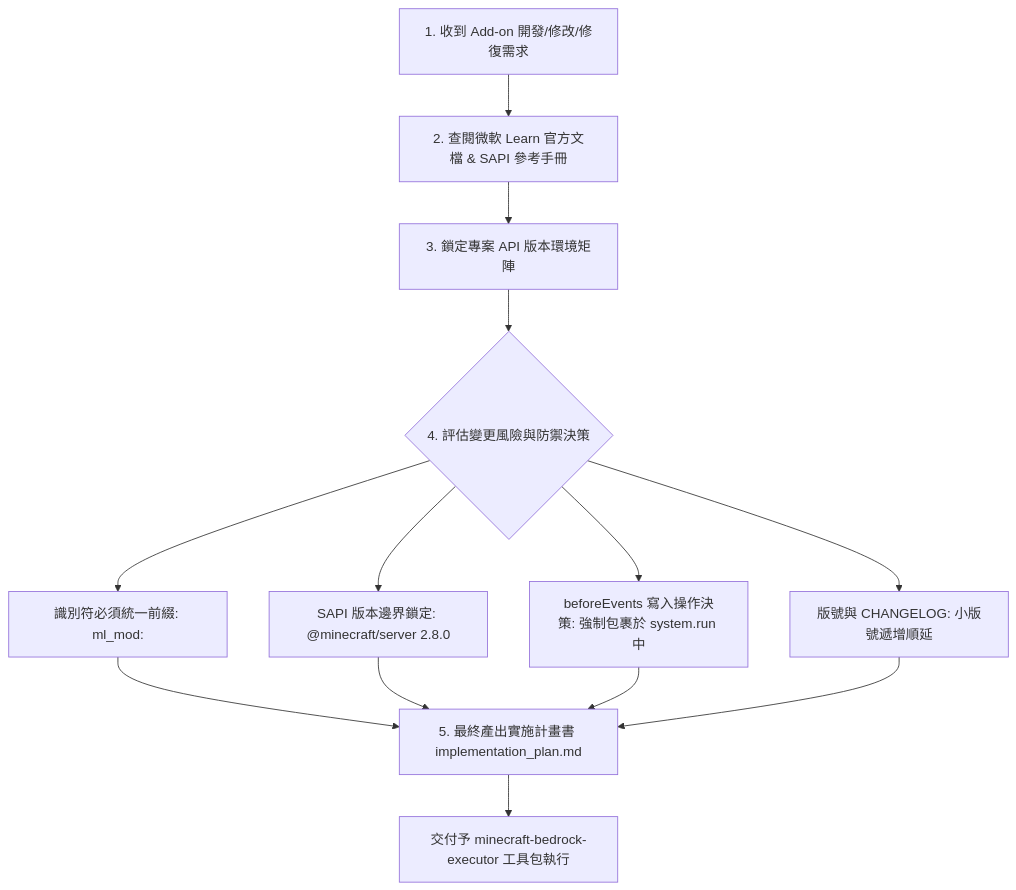
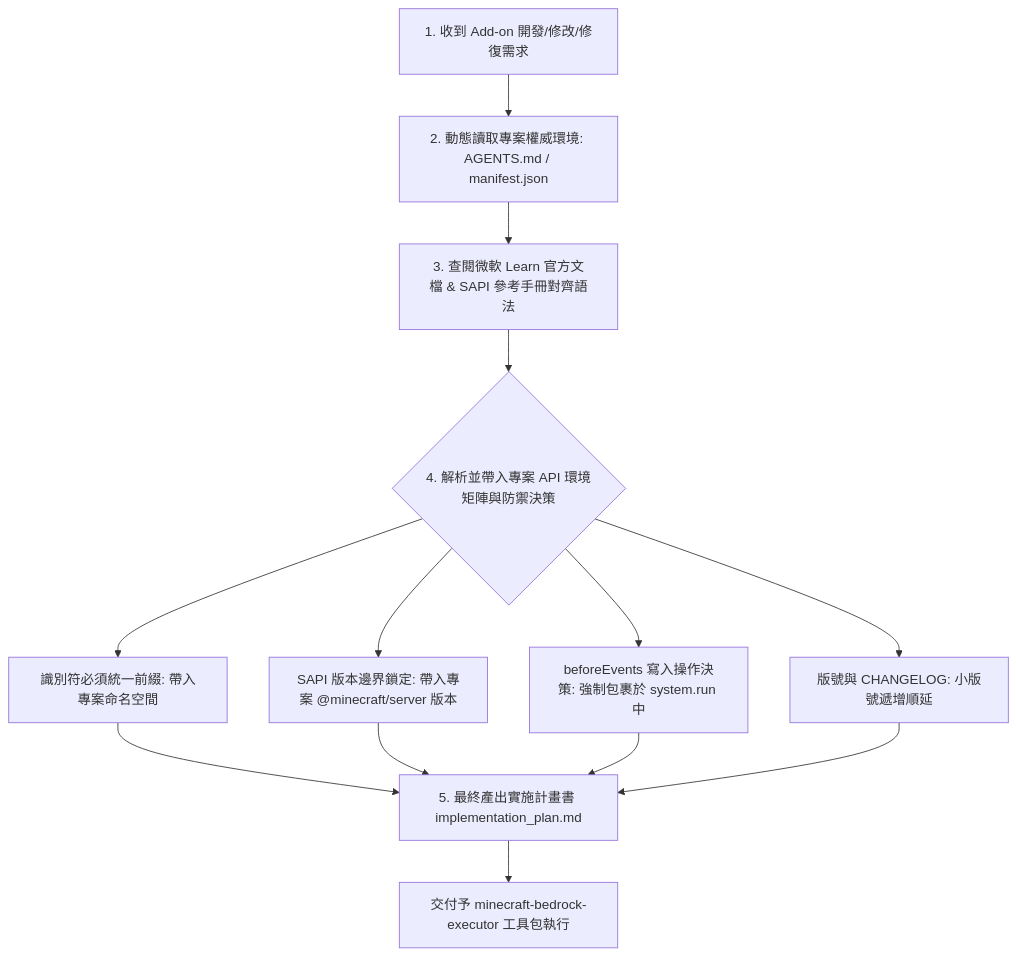
One commit to hi-6688/ml_addon changed the diagram in .agents/skills/minecraft-bedrock-planner/SKILL.md. Above: the diagram before and after it, drawn with Mermaid. The commit also changed other lines of this file and 1 other file, not shown here.

Commit message:
架構: 在 AGENTS.md 確立環境單一真理源，將 SKILL.md 改為動態解析並引導

````diff
--- a/.agents/skills/minecraft-bedrock-planner/SKILL.md
+++ b/.agents/skills/minecraft-bedrock-planner/SKILL.md
@@ -20,14 +20,14 @@
 ```mermaid
 graph TD
-    A[1. 收到 Add-on 開發/修改/修復需求] --> B[2. 查閱微軟 Learn 官方文檔 & SAPI 參考手冊]
-    B --> C[3. 鎖定專案 API 版本環境矩陣]
-    C --> D{4. 評估變更風險與防禦決策}
+    A[1. 收到 Add-on 開發/修改/修復需求] --> B[2. 動態讀取專案權威環境: AGENTS.md / manifest.json]
+    B --> C[3. 查閱微軟 Learn 官方文檔 & SAPI 參考手冊對齊語法]
+    C --> D{4. 解析並帶入專案 API 環境矩陣與防禦決策}
     
-    D --> D1[識別符必須統一前綴: ml_mod:]
-    D --> D2[SAPI 版本邊界鎖定: @minecraft/server 2.8.0]
+    D --> D1[識別符必須統一前綴: 帶入專案命名空間]
+    D --> D2[SAPI 版本邊界鎖定: 帶入專案 @minecraft/server 版本]
     D --> D3[beforeEvents 寫入操作決策: 強制包裹於 system.run 中]
     D --> D4[版號與 CHANGELOG: 小版號遞增順延]
     
     D1 & D2 & D3 & D4 --> E[5. 最終產出實施計畫書 implementation_plan.md]
     E --> F[交付予 minecraft-bedrock-executor 工具包執行]
 ```
````
